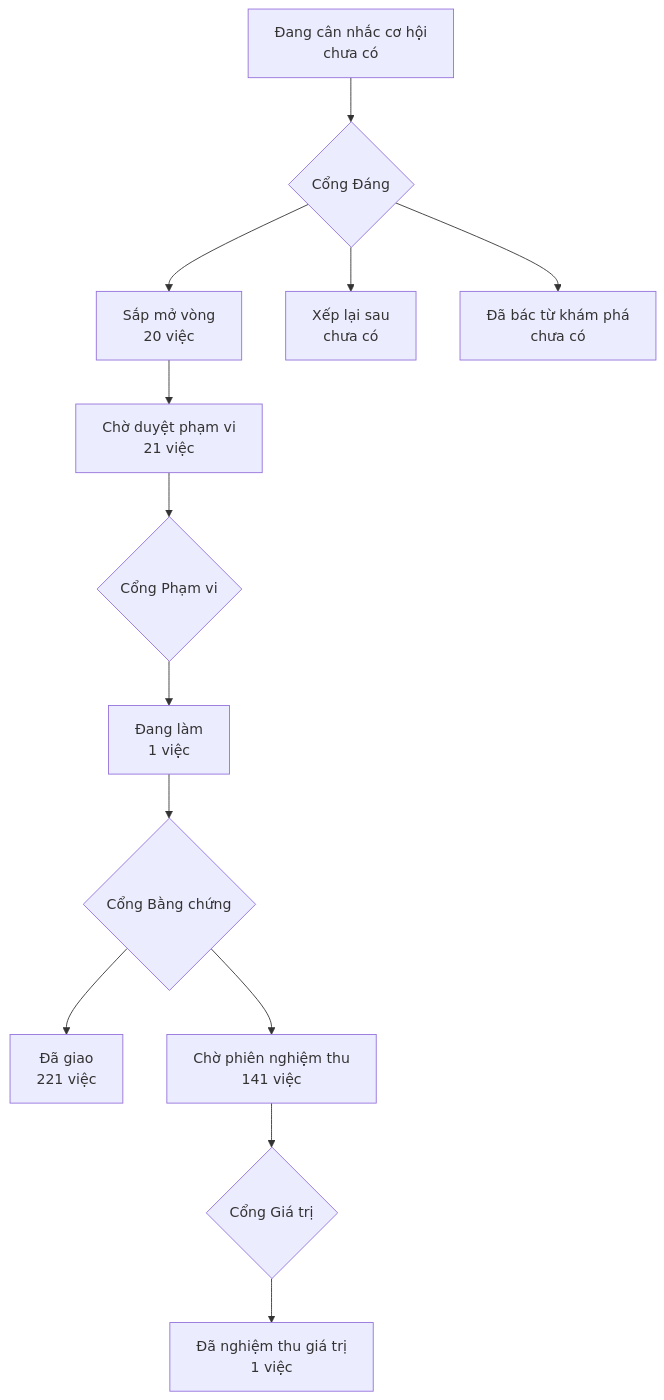
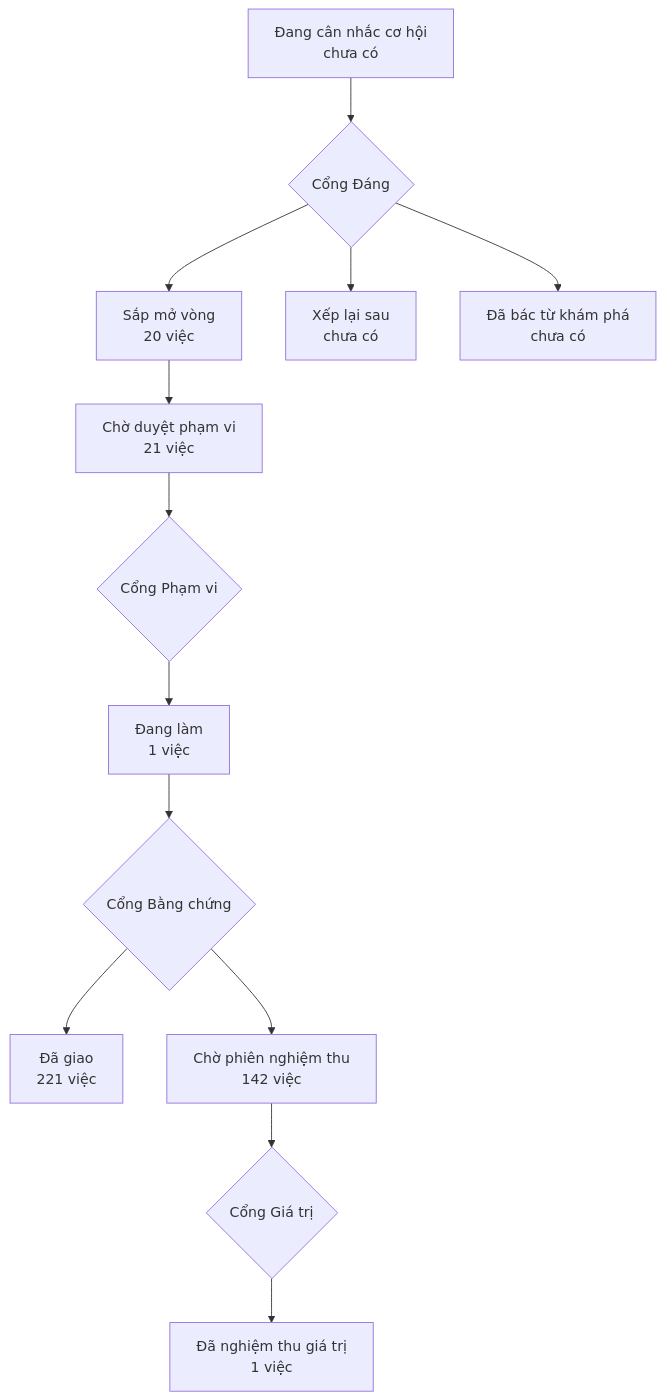
One commit to phanlemanh/onehub-invest changed the diagram in PRODUCT-MAP.md. Above: the diagram before and after it, drawn with Mermaid. The commit also changed other lines of this file and 1 other file, not shown here.

Commit message:
chore(map): sinh lại PRODUCT-MAP, LO-TRINH sau khi gộp main (PL20 #534)

````diff
--- a/PRODUCT-MAP.md
+++ b/PRODUCT-MAP.md
@@ -7,12 +7,12 @@
 ```mermaid
 flowchart TD
   A["Đang cân nhắc cơ hội<br/>chưa có"] --> GD{"Cổng Đáng"}
   GD --> B["Sắp mở vòng<br/>20 việc"]
   GD --> XL["Xếp lại sau<br/>chưa có"]
   GD --> DB["Đã bác từ khám phá<br/>chưa có"]
   B --> CD["Chờ duyệt phạm vi<br/>21 việc"] --> GP{"Cổng Phạm vi"}
   GP --> DL["Đang làm<br/>1 việc"] --> GB{"Cổng Bằng chứng"}
   GB --> DG["Đã giao<br/>221 việc"]
-  GB --> CN["Chờ phiên nghiệm thu<br/>141 việc"] --> GG{"Cổng Giá trị"}
+  GB --> CN["Chờ phiên nghiệm thu<br/>142 việc"] --> GG{"Cổng Giá trị"}
   GG --> NT["Đã nghiệm thu giá trị<br/>1 việc"]
 ```
````
